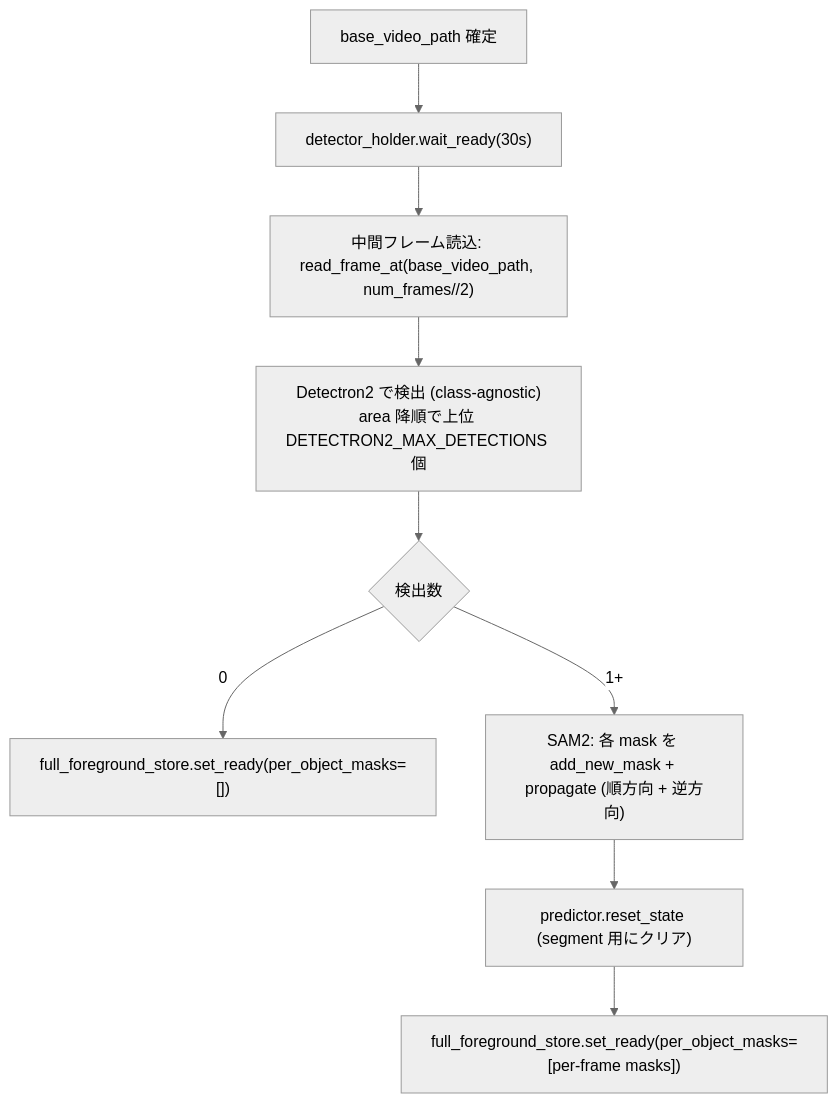
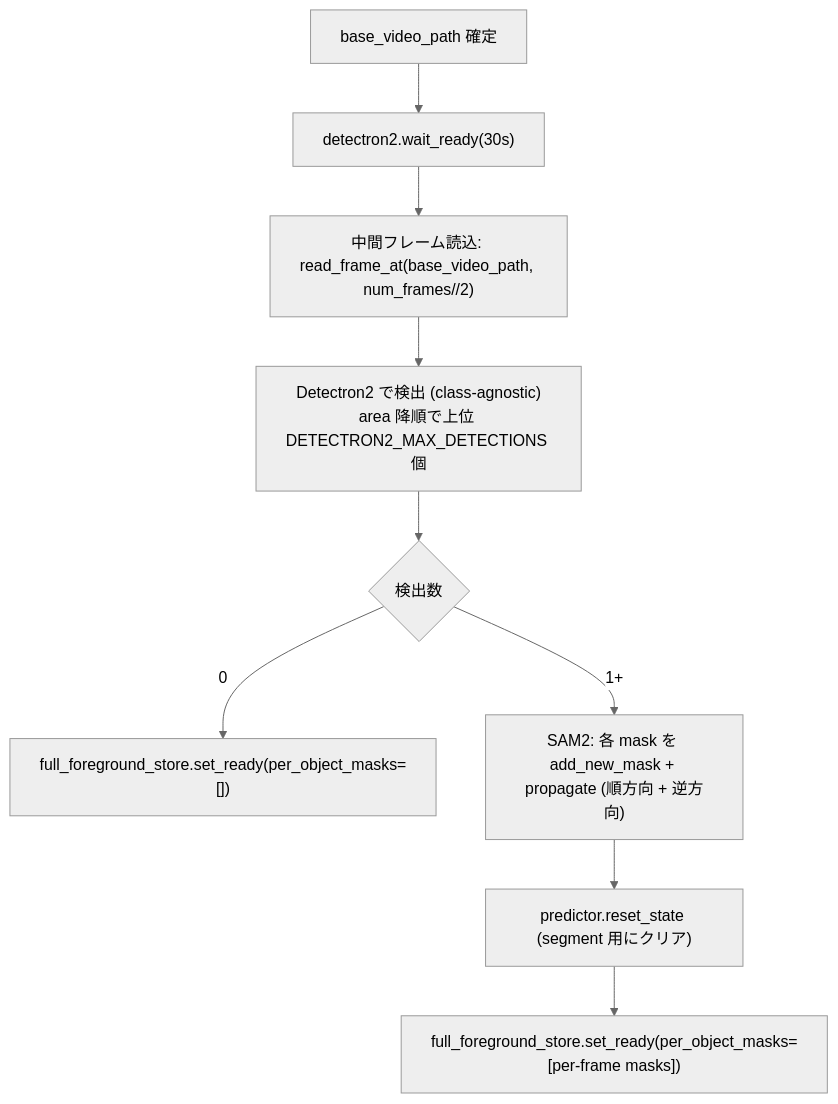
One commit to kanosawa/omnimatte-editor changed the third of 4 diagrams in docs/spec/03-backend.md. Above: the diagram before and after it, drawn with Mermaid (neutral theme). The commit also changed other lines of this file and 16 other files, not shown here.

````diff
--- a/docs/spec/03-backend.md
+++ b/docs/spec/03-backend.md
@@ -396,11 +390,11 @@
 ```mermaid
 flowchart TB
-    A[base_video_path 確定] --> B["detector_holder.wait_ready(30s)"]
+    A[base_video_path 確定] --> B["detectron2.wait_ready(30s)"]
     B --> C["中間フレーム読込: read_frame_at(base_video_path, num_frames//2)"]
     C --> D["Detectron2 で検出 (class-agnostic)<br/>area 降順で上位 DETECTRON2_MAX_DETECTIONS 個"]
     D --> E{検出数}
     E -- 0 --> F["full_foreground_store.set_ready(per_object_masks=[])"]
     E -- "1+" --> G["SAM2: 各 mask を add_new_mask + propagate (順方向 + 逆方向)"]
     G --> H["predictor.reset_state (segment 用にクリア)"]
     H --> I["full_foreground_store.set_ready(per_object_masks=[per-frame masks])"]
 ```
````
